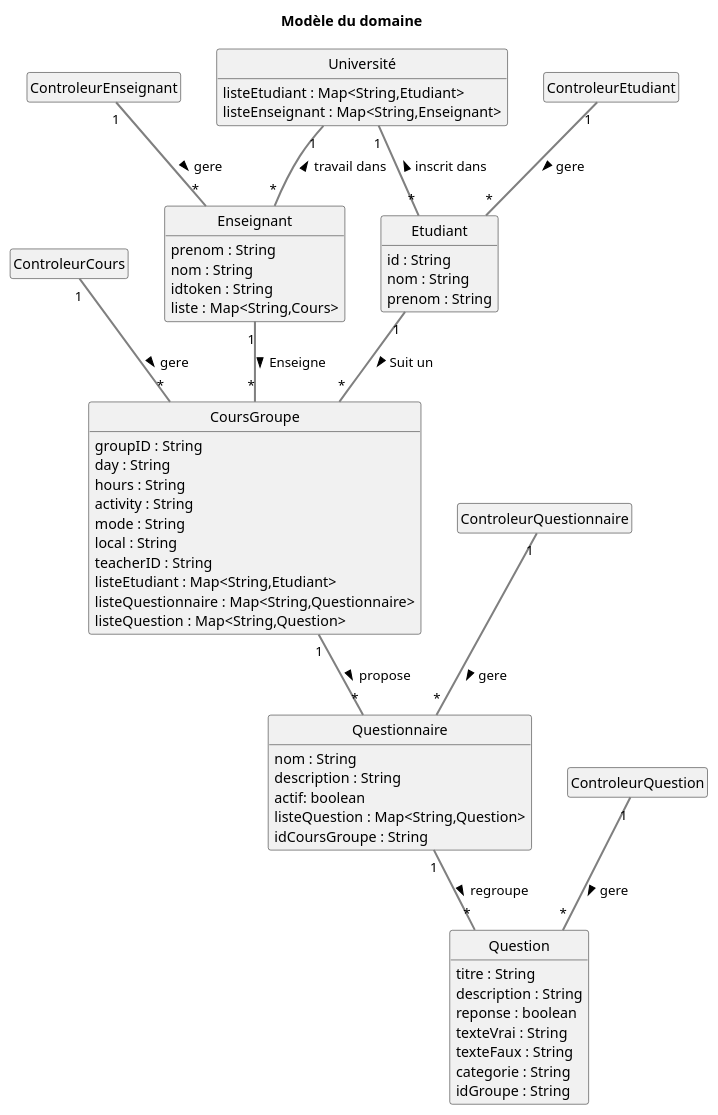
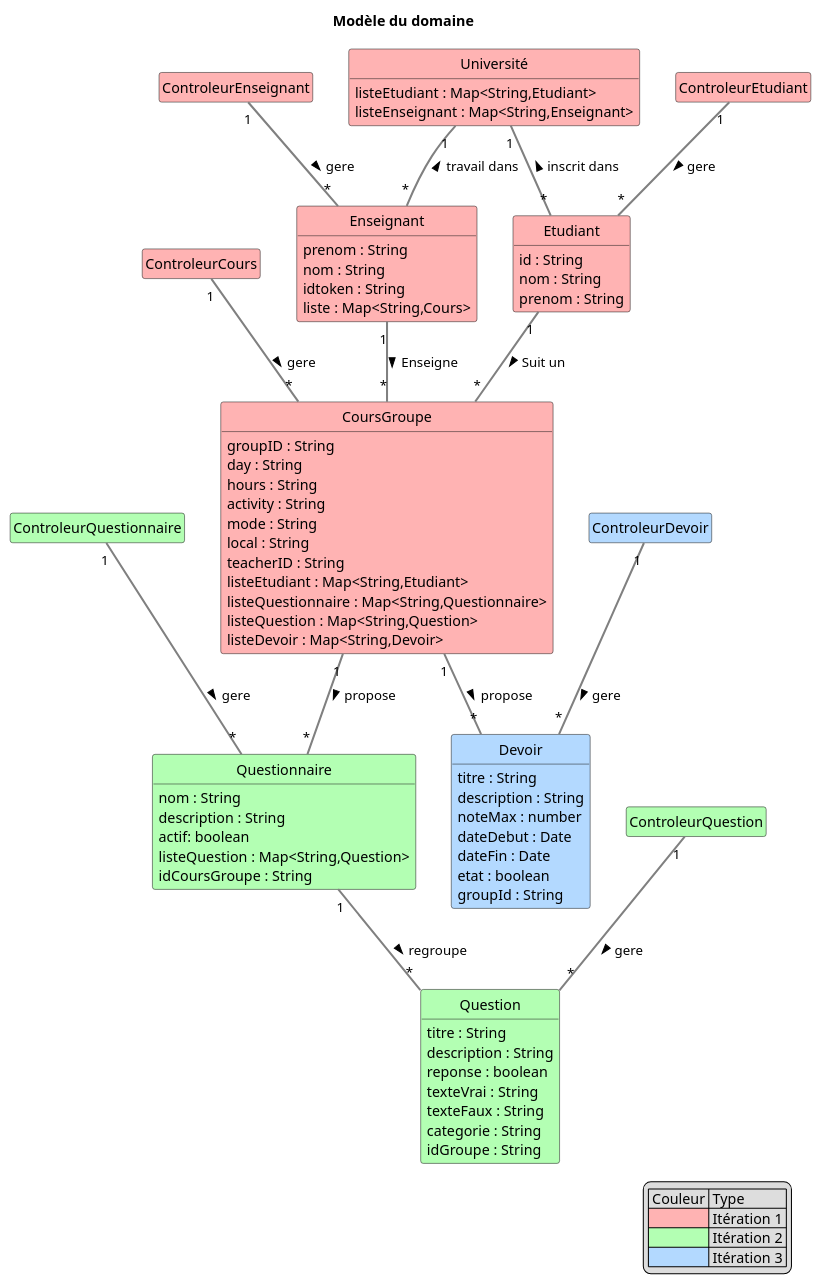
Before and after one commit to IshakMegatli1/MoodleCopy: the diagram in docs/modeles/mdd.puml, drawn with PlantUML.

Commit message:
Update MDD avec les couleurs (correction rapport)

```diff
--- a/docs/modeles/mdd.puml
+++ b/docs/modeles/mdd.puml
@@ -1,93 +1,135 @@
 @startuml MDD
 skinparam style strictuml
 skinparam ArrowThickness 2
 skinparam ArrowColor #gray
 
 hide empty members
 title Modèle du domaine
       
   class ControleurCours {
 
   }
 
   class ControleurEnseignant {
 
   }
 
   class ControleurEtudiant {
 
   }
 
   class ControleurQuestion{
 
   }
 
   class ControleurQuestionnaire{
+
+  }
+
+  class ControleurDevoir{
 
   }
   
 
   class Université {
     listeEtudiant : Map<String,Etudiant>
     listeEnseignant : Map<String,Enseignant>
   }
   class Enseignant {
     prenom : String
     nom : String
     idtoken : String
     liste : Map<String,Cours>
   }
 
   class Etudiant {
     id : String
     nom : String
     prenom : String
   }
 
   class CoursGroupe {
     groupID : String
     day : String
     hours : String
     activity : String
     mode : String
     local : String
     teacherID : String
     listeEtudiant : Map<String,Etudiant>
     listeQuestionnaire : Map<String,Questionnaire>
     listeQuestion : Map<String,Question>
+    listeDevoir : Map<String,Devoir>
     
   }
 
   class Question {
     titre : String
     description : String
     reponse : boolean
     texteVrai : String
     texteFaux : String
     categorie : String
     idGroupe : String
   }
 
   class Questionnaire {
     nom : String
     description : String
     actif: boolean
     listeQuestion : Map<String,Question>
     idCoursGroupe : String
   }
 
+  class Devoir{
+   titre : String
+  description : String
+  noteMax : number
+  dateDebut : Date
+  dateFin : Date
+  etat : boolean
+  groupId : String
+  }
+
+' --- Classes de l’itération 1 (rouge) ---
+class CoursGroupe #FFB3B3
+class Enseignant #FFB3B3
+class Etudiant #FFB3B3
+class Université #FFB3B3
+class ControleurCours #FFB3B3
+class ControleurEnseignant #FFB3B3
+class ControleurEtudiant #FFB3B3
+' --- Classes de l’itération 2 (vert) ---
+class Questionnaire #B3FFB3
+class ControleurQuestionnaire #B3FFB3
+class ControleurQuestion #B3FFB3
+class Question #B3FFB3
+' --- Classes de l’itération 3 (bleu) ---
+class Devoir #B3D9FF
+class ControleurDevoir #B3D9FF
+
 ' associations
 
 Enseignant "1" -- "*" CoursGroupe : Enseigne > 
 Etudiant "1" -- "*" CoursGroupe : Suit un >
 Université "1" -- "*" Etudiant : inscrit dans <
 Université "1" -- "*" Enseignant : travail dans <
 Questionnaire "1" -- "*" Question : regroupe >
 CoursGroupe "1" -- "*" Questionnaire : propose >
+CoursGroupe "1" -- "*" Devoir : propose >
 
 ControleurEtudiant "1" -- "*" Etudiant : gere >
 ControleurEnseignant "1" -- "*" Enseignant : gere >
 ControleurCours "1" -- "*" CoursGroupe : gere >
 ControleurQuestion "1" -- "*" Question : gere >
 ControleurQuestionnaire "1" -- "*" Questionnaire : gere >
+ControleurDevoir "1" -- "*" Devoir : gere >
+
+legend right
+    | Couleur | Type |
+    |<#FFB3B3>| Itération 1 |
+    |<#B3FFB3>| Itération 2 |
+    |<#B3D9FF>| Itération 3 |
+endlegend
+
 @enduml
```
